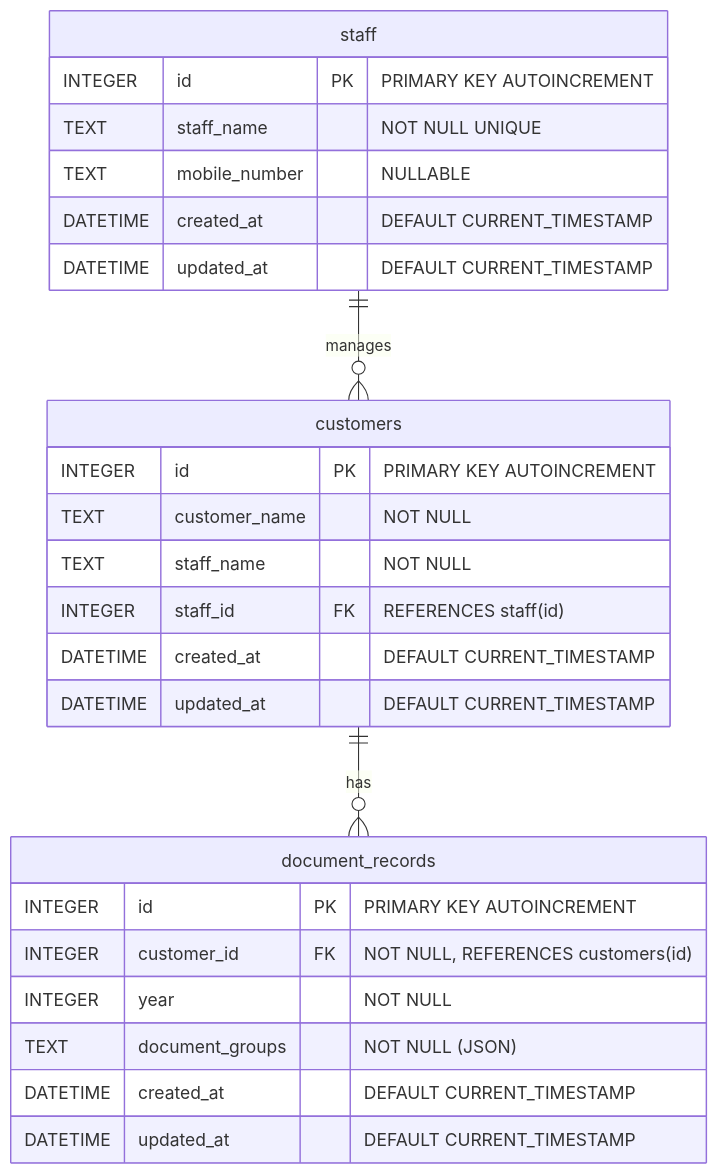
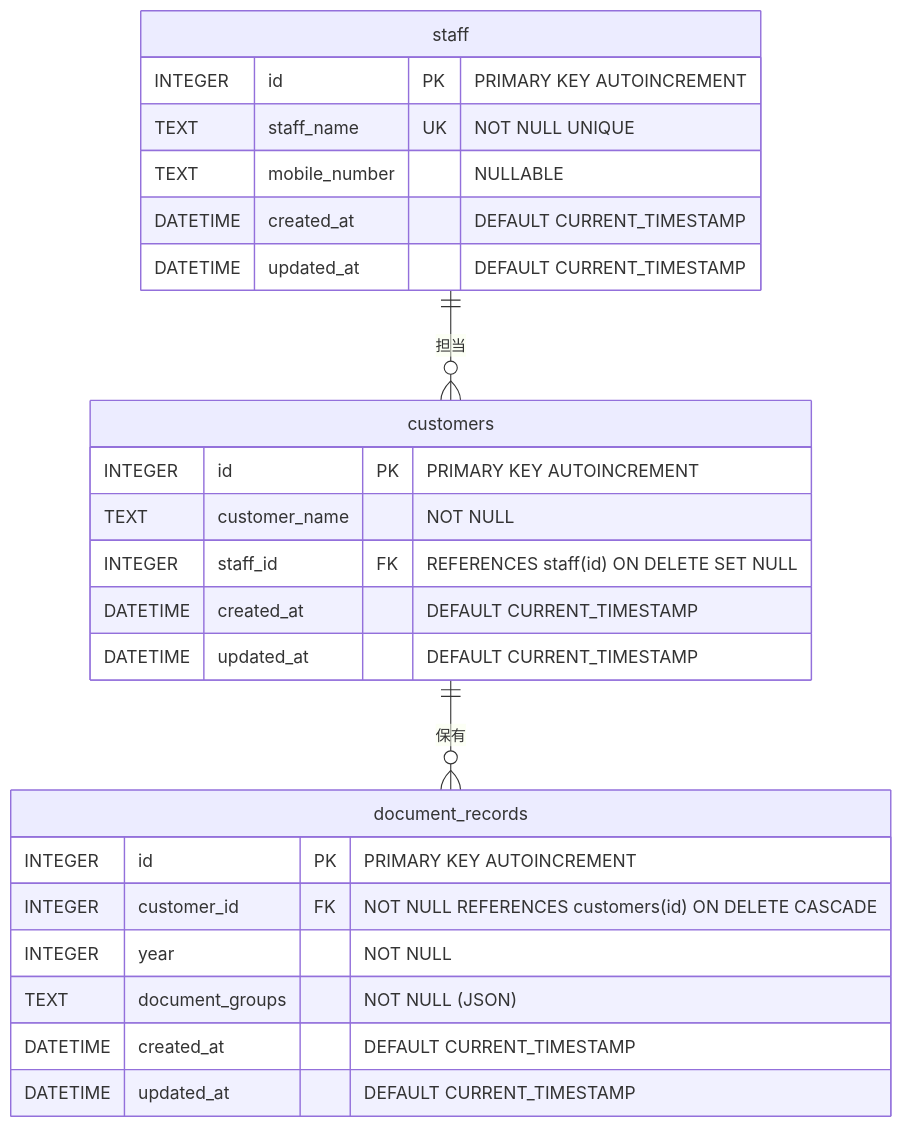
Before and after one commit to kojima1978/tax_apps: the diagram in apps/Required-documents-for-tax-return/backend/ER図.md, drawn with Mermaid. The commit also changed other lines of this file and 5 other files, not shown here.

First line of the commit message:
refactor(tax-docs): DB正規化（3NF）— customers.staff_name冗長カラム削除

````diff
--- a/apps/Required-documents-for-tax-return/backend/ER図.md
+++ b/apps/Required-documents-for-tax-return/backend/ER図.md
@@ -5,31 +5,30 @@
 ```mermaid
 erDiagram
-    staff ||--o{ customers : "manages"
-    customers ||--o{ document_records : "has"
+    staff ||--o{ customers : "担当"
+    customers ||--o{ document_records : "保有"
 
     staff {
         INTEGER id PK "PRIMARY KEY AUTOINCREMENT"
-        TEXT staff_name "NOT NULL UNIQUE"
+        TEXT staff_name UK "NOT NULL UNIQUE"
         TEXT mobile_number "NULLABLE"
         DATETIME created_at "DEFAULT CURRENT_TIMESTAMP"
         DATETIME updated_at "DEFAULT CURRENT_TIMESTAMP"
     }
 
     customers {
         INTEGER id PK "PRIMARY KEY AUTOINCREMENT"
         TEXT customer_name "NOT NULL"
-        TEXT staff_name "NOT NULL"
-        INTEGER staff_id FK "REFERENCES staff(id)"
+        INTEGER staff_id FK "REFERENCES staff(id) ON DELETE SET NULL"
         DATETIME created_at "DEFAULT CURRENT_TIMESTAMP"
         DATETIME updated_at "DEFAULT CURRENT_TIMESTAMP"
     }
 
     document_records {
         INTEGER id PK "PRIMARY KEY AUTOINCREMENT"
-        INTEGER customer_id FK "NOT NULL, REFERENCES customers(id)"
+        INTEGER customer_id FK "NOT NULL REFERENCES customers(id) ON DELETE CASCADE"
         INTEGER year "NOT NULL"
         TEXT document_groups "NOT NULL (JSON)"
         DATETIME created_at "DEFAULT CURRENT_TIMESTAMP"
         DATETIME updated_at "DEFAULT CURRENT_TIMESTAMP"
     }
 ```
````
